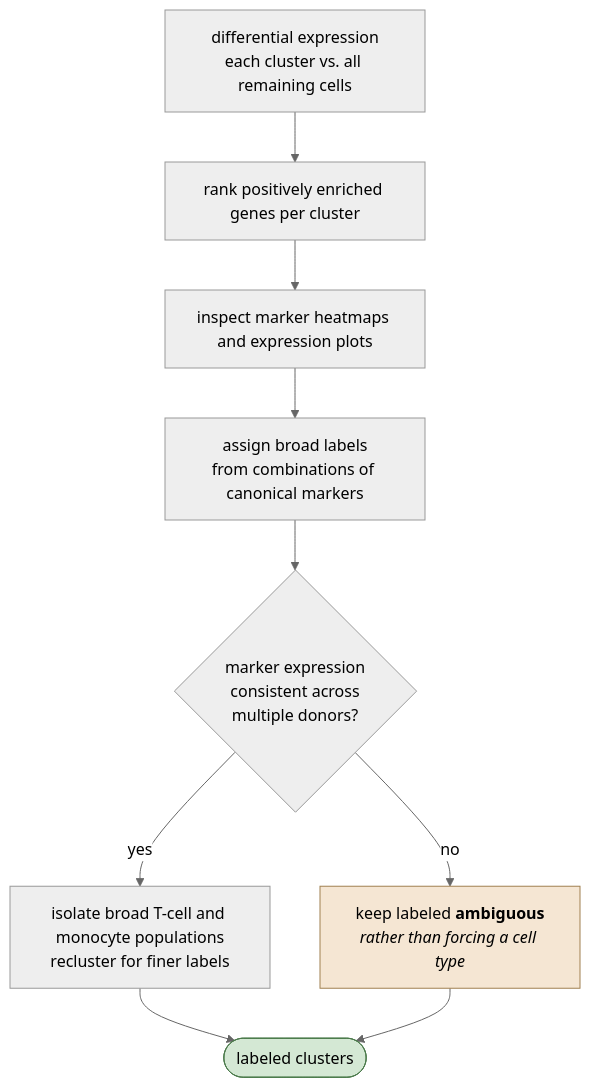
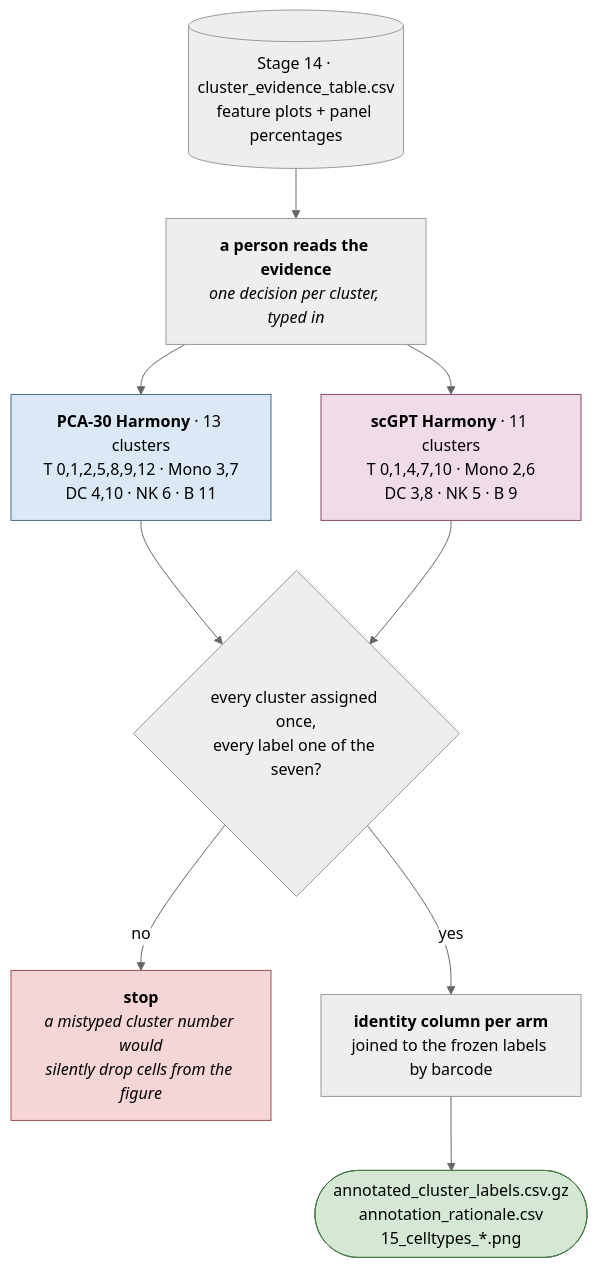
Diagram 12 of 12 in README.md (sivatej800-oss/T-cell-representations), drawn with Mermaid (neutral theme) before and after one commit. The commit also changed other lines of this file and 57 other files, not shown here.

First line of the commit message:
Add marker-based cluster annotation pipeline and reorganize figures

````diff
--- a/README.md
+++ b/README.md
@@ -485,18 +854,25 @@
 ```mermaid
 flowchart TD
-    A["differential expression<br/>each cluster vs. all remaining cells"]
-    B["rank positively enriched genes per cluster"]
-    C["inspect marker heatmaps and expression plots"]
-    D["assign broad labels<br/>from combinations of canonical markers"]
-    E{"marker expression<br/>consistent across<br/>multiple donors?"}
-    F["isolate broad T-cell and monocyte populations<br/>recluster for finer labels"]
-    G(["labeled clusters"])
-    H["keep labeled <b>ambiguous</b><br/><i>rather than forcing a cell type</i>"]
+    A[("Stage 14 · cluster_evidence_table.csv<br/>feature plots + panel percentages")]
+    B["<b>a person reads the evidence</b><br/><i>one decision per cluster, typed in</i>"]
 
-    A --> B --> C --> D --> E
-    E -->|yes| F --> G
-    E -->|no| H --> G
+    C["<b>PCA-30 Harmony</b> · 13 clusters<br/>T 0,1,2,5,8,9,12 · Mono 3,7<br/>DC 4,10 · NK 6 · B 11"]
+    D["<b>scGPT Harmony</b> · 11 clusters<br/>T 0,1,4,7,10 · Mono 2,6<br/>DC 3,8 · NK 5 · B 9"]
 
-    style G fill:#d4e8d4,stroke:#4a7a4a
-    style H fill:#f5e6d3,stroke:#a08050
+    E{"every cluster assigned once,<br/>every label one of the seven?"}
+    F["<b>stop</b><br/><i>a mistyped cluster number would<br/>silently drop cells from the figure</i>"]
+
+    G["<b>identity column per arm</b><br/>joined to the frozen labels by barcode"]
+    H(["annotated_cluster_labels.csv.gz<br/>annotation_rationale.csv<br/>15_celltypes_*.png"])
+
+    A --> B
+    B --> C --> E
+    B --> D --> E
+    E -->|no| F
+    E -->|yes| G --> H
+
+    style C fill:#dbe8f5,stroke:#4a6a8a
+    style D fill:#f0dbe8,stroke:#8a4a6a
+    style F fill:#f5d5d5,stroke:#a05050
+    style H fill:#d4e8d4,stroke:#4a7a4a
 ```
````
